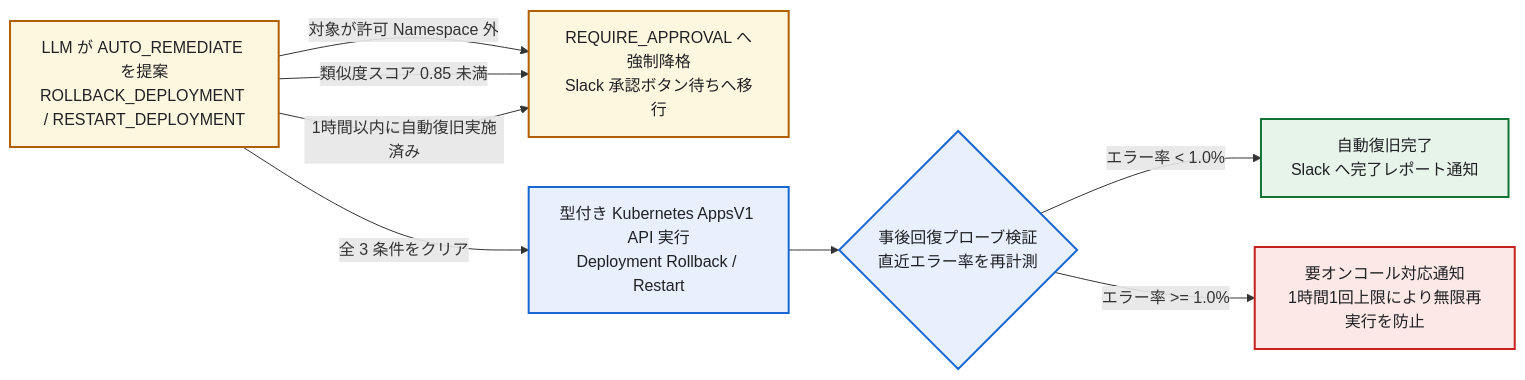
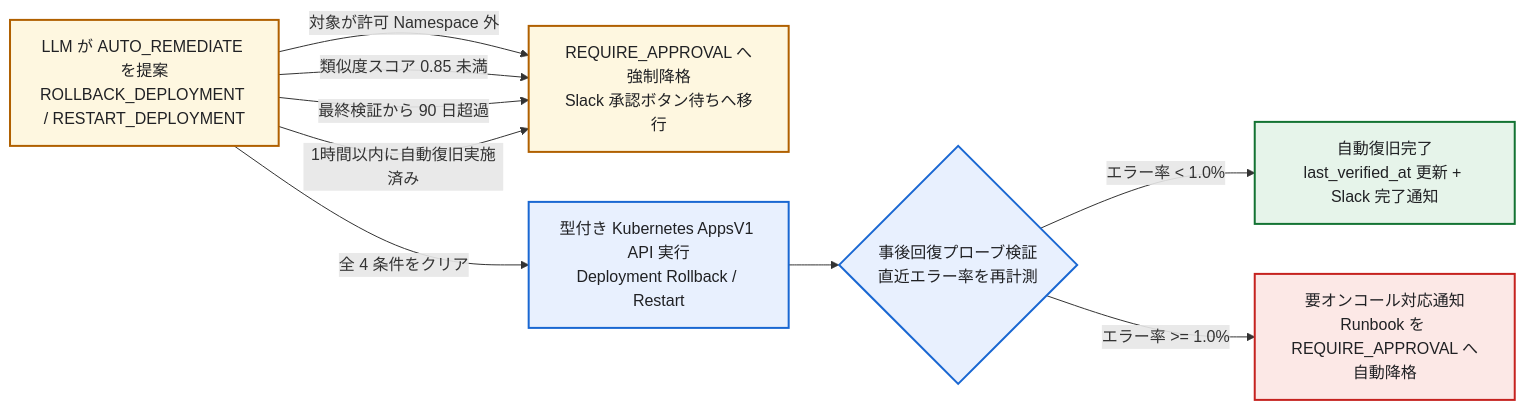
Before and after one commit to tyorikan/agentic-sre-handson: the third of 4 diagrams in docs/04-auto-remediation-and-slack-hitl.md, drawn with Mermaid. The commit also changed other lines of this file and 35 other files, not shown here.

````diff
--- a/docs/04-auto-remediation-and-slack-hitl.md
+++ b/docs/04-auto-remediation-and-slack-hitl.md
@@ -100,22 +106,23 @@
 ```mermaid
 flowchart LR
     Start["LLM が AUTO_REMEDIATE を提案<br/>ROLLBACK_DEPLOYMENT / RESTART_DEPLOYMENT"]
 
     Start -->|"対象が許可 Namespace 外"| Downgrade["REQUIRE_APPROVAL へ強制降格<br/>Slack 承認ボタン待ちへ移行"]
     Start -->|"類似度スコア 0.85 未満"| Downgrade
+    Start -->|"最終検証から 90 日超過"| Downgrade
     Start -->|"1時間以内に自動復旧実施済み"| Downgrade
-    Start -->|"全 3 条件をクリア"| Exec["型付き Kubernetes AppsV1 API 実行<br/>Deployment Rollback / Restart"]
+    Start -->|"全 4 条件をクリア"| Exec["型付き Kubernetes AppsV1 API 実行<br/>Deployment Rollback / Restart"]
 
     Exec --> Probe{"事後回復プローブ検証<br/>直近エラー率を再計測"}
-    Probe -->|"エラー率 < 1.0%"| Resolved["自動復旧完了<br/>Slack へ完了レポート通知"]
-    Probe -->|"エラー率 >= 1.0%"| Escalate["要オンコール対応通知<br/>1時間1回上限により無限再実行を防止"]
+    Probe -->|"エラー率 < 1.0%"| Resolved["自動復旧完了<br/>last_verified_at 更新 + Slack 完了通知"]
+    Probe -->|"エラー率 >= 1.0%"| Escalate["要オンコール対応通知<br/>Runbook を REQUIRE_APPROVAL へ自動降格"]
 
     classDef prop fill:#fef7e0,stroke:#b06000,stroke-width:2px,color:#202124;
     classDef act fill:#e8f0fe,stroke:#1967d2,stroke-width:2px,color:#202124;
     classDef ok fill:#e6f4ea,stroke:#137333,stroke-width:2px,color:#202124;
     classDef ng fill:#fce8e6,stroke:#c5221f,stroke-width:2px,color:#202124;
     class Start,Downgrade prop;
     class Exec,Probe act;
     class Resolved ok;
     class Escalate ng;
 ```
````
